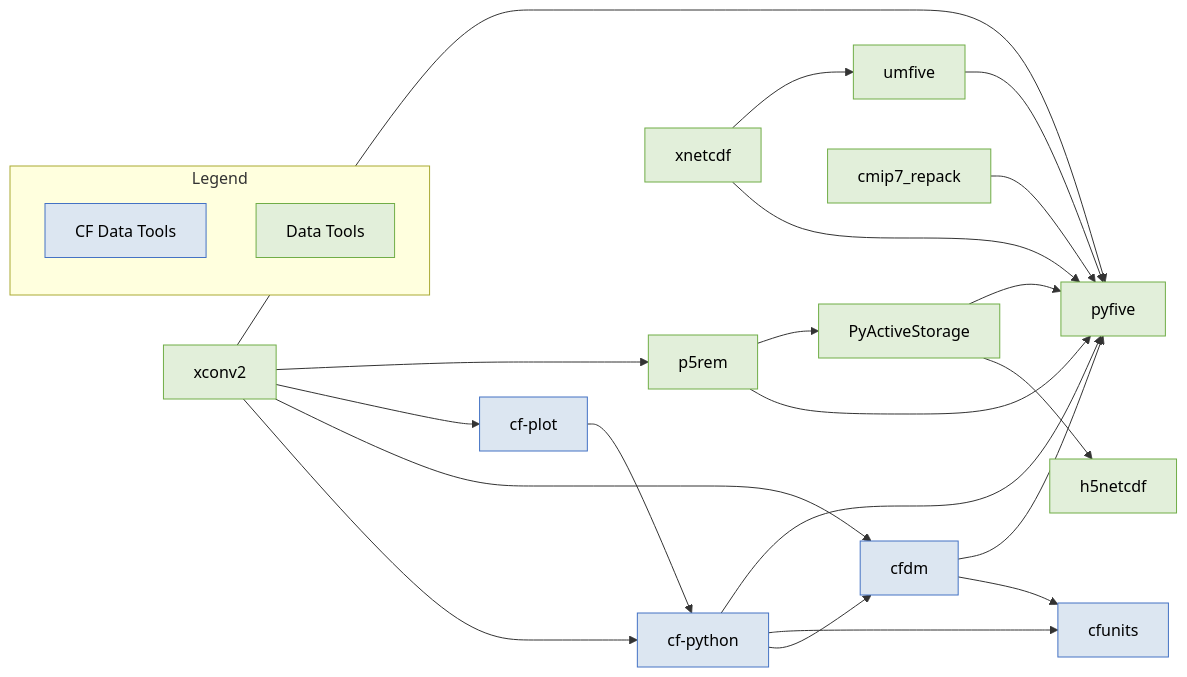
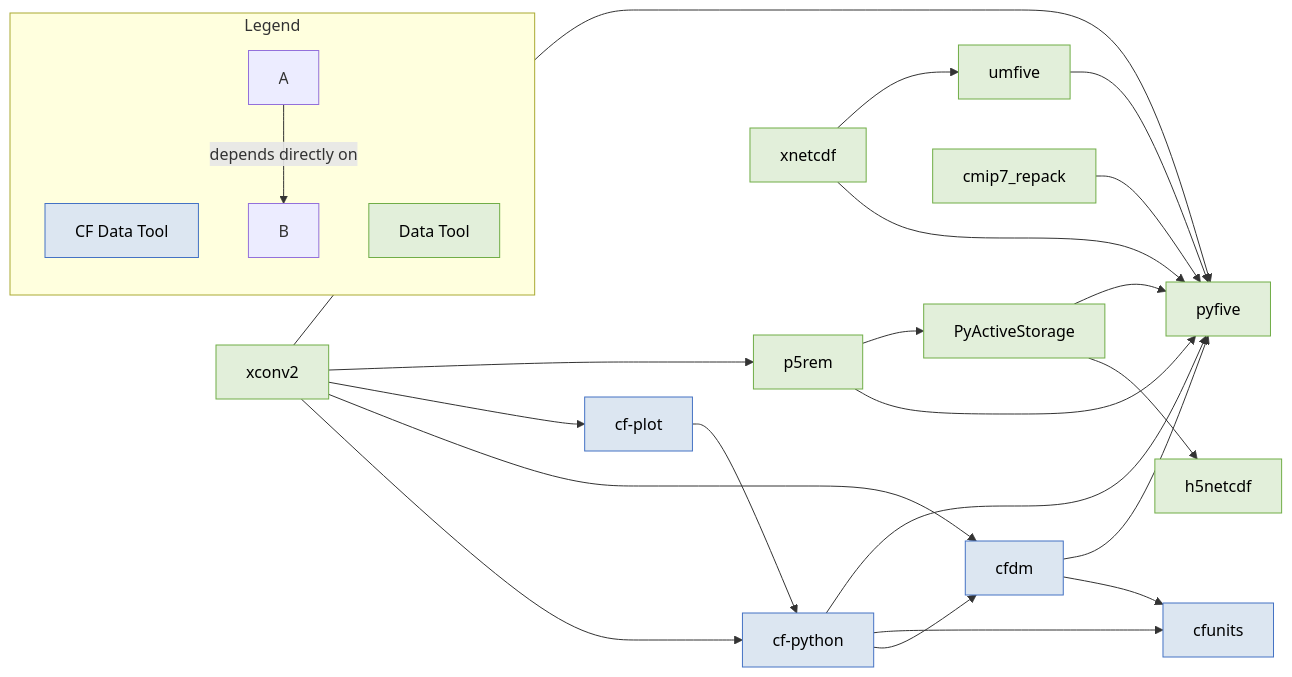
The diagram in profile/repo-dependencies.md (NCAS-CMS/.github), drawn with Mermaid before and after one commit.

Commit message:
Update repo-dependencies.md to include legend in mermaid diagram

````diff
--- a/profile/repo-dependencies.md
+++ b/profile/repo-dependencies.md
@@ -6,7 +6,7 @@
 ```mermaid
 flowchart LR
 
-    %% ============================================================
+    %% ============================================================repo-
     %% CF Data Tools
     %% ============================================================
 
@@ -30,6 +30,7 @@
 
     %% ============================================================
     %% Dependencies
+    %% Arrow direction: dependent --> dependency
     %% ============================================================
 
     cfpython --> cfdm
@@ -77,8 +78,13 @@
     subgraph LEGEND["Legend"]
         direction TB
 
-        legend_cf["CF Data Tools"]
-        legend_data["Data Tools"]
+        legend_cf["CF Data Tool"]
+        legend_data["Data Tool"]
+
+        legend_a["A"]
+        legend_b["B"]
+
+        legend_a -->|depends directly on| legend_b
 
         class legend_cf cf
         class legend_data data
````
